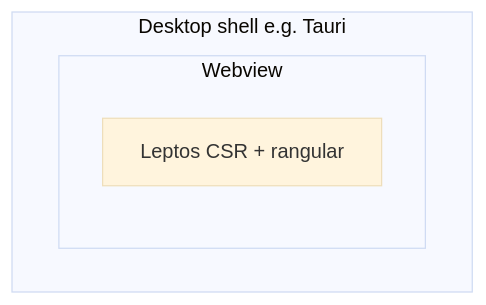
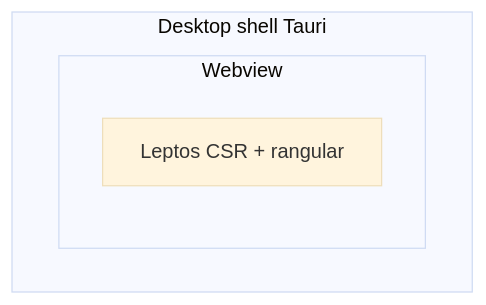
The second of 2 diagrams in README.md (Interchouette-ITC/rangular), drawn with Mermaid (base theme) before and after one commit. The commit also changed other lines of this file and 31 other files, not shown here.

First line of the commit message:
feat(demo): add Tauri desktop shell for the browser SPA (#27)

````diff
--- a/README.md
+++ b/README.md
@@ -257,8 +258,8 @@
 ```mermaid
 flowchart TB
-  subgraph shell ["Desktop shell e.g. Tauri"]
+  subgraph shell ["Desktop shell Tauri"]
     subgraph webview [Webview]
       ui["Leptos CSR + rangular"]
     end
   end
 ```
````
